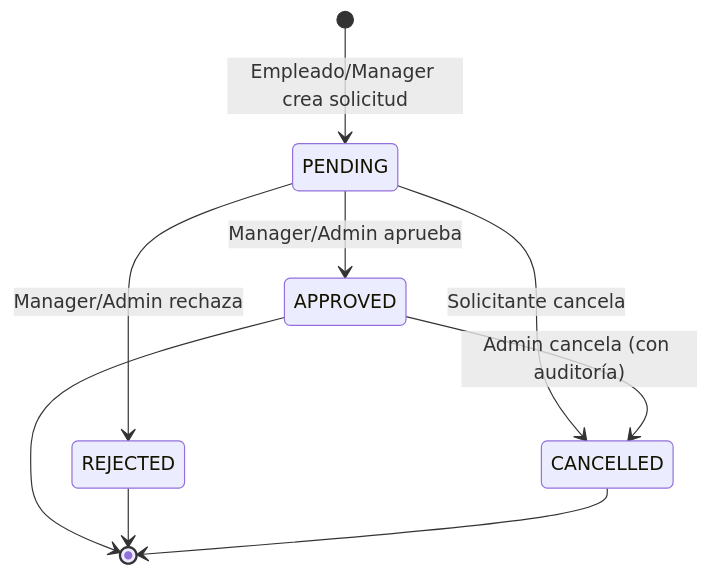
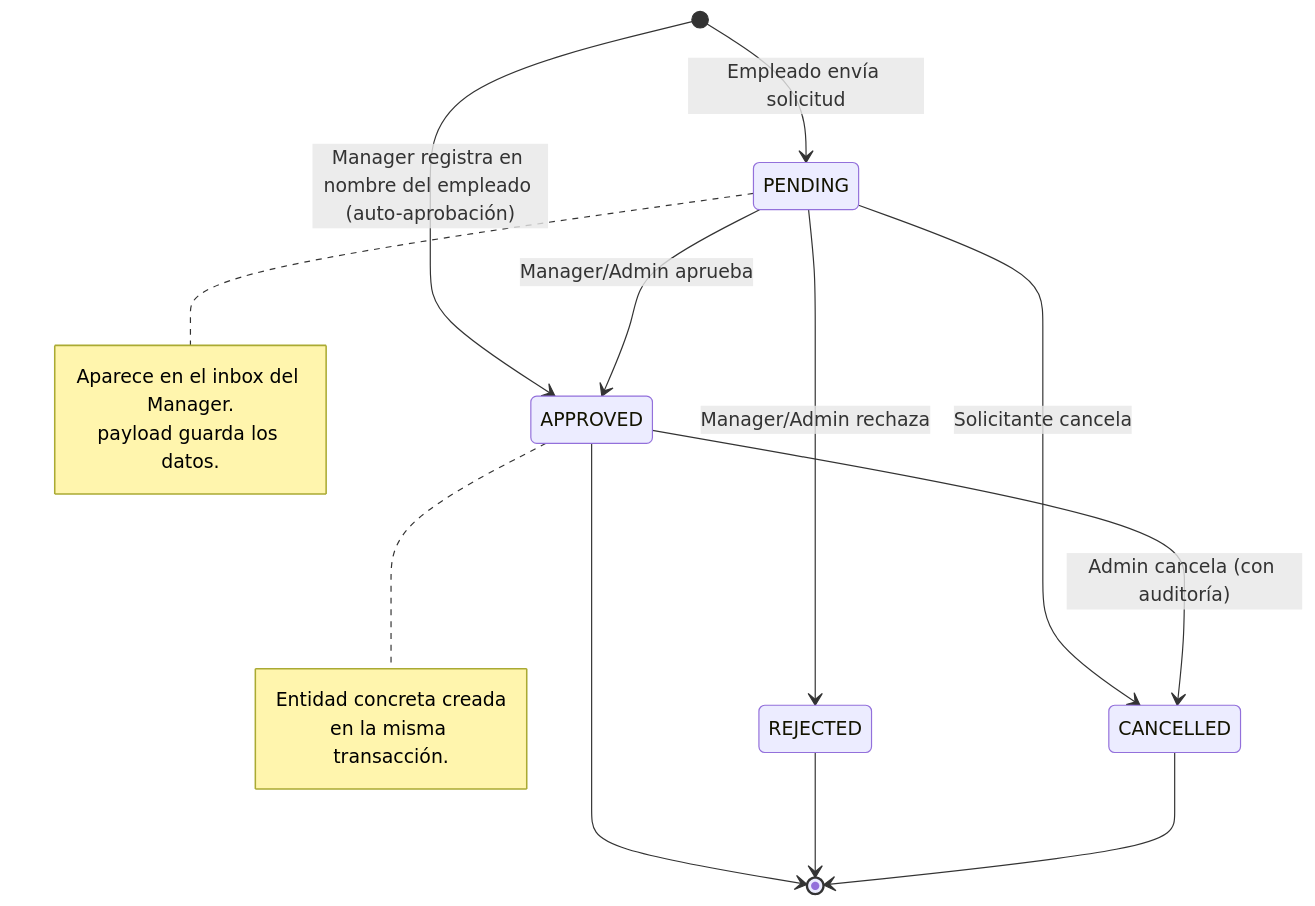
Before and after one commit to pakodiazdev/sushigo: diagram 13 of 20 in doc/modules/attendance-payroll/attendance-payroll-domain-model.es.md, drawn with Mermaid. The commit also changed other lines of this file and 6 other files, not shown here.

````diff
--- a/doc/modules/attendance-payroll/attendance-payroll-domain-model.es.md
+++ b/doc/modules/attendance-payroll/attendance-payroll-domain-model.es.md
@@ -1209,14 +1335,23 @@
 ```mermaid
 stateDiagram-v2
-    [*] --> PENDING : Empleado/Manager crea solicitud
+    [*] --> PENDING : Empleado envía solicitud
+    [*] --> APPROVED : Manager registra en nombre del empleado (auto-aprobación)
+    note right of APPROVED
+        Entidad concreta creada
+        en la misma transacción.
+    end note
 
     PENDING --> APPROVED : Manager/Admin aprueba
+    note right of PENDING
+        Aparece en el inbox del Manager.
+        payload guarda los datos.
+    end note
     PENDING --> REJECTED : Manager/Admin rechaza
     PENDING --> CANCELLED : Solicitante cancela
 
     APPROVED --> CANCELLED : Admin cancela (con auditoría)
 
     APPROVED --> [*]
     REJECTED --> [*]
     CANCELLED --> [*]
 ```
````
